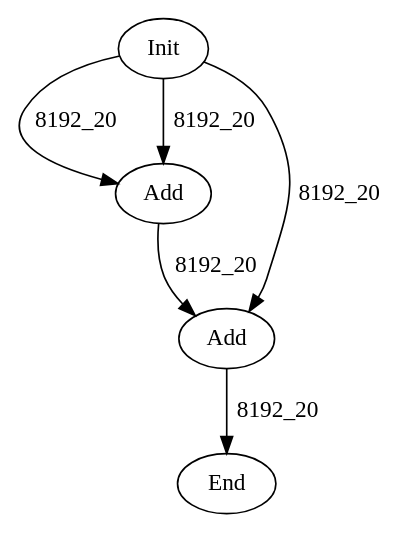
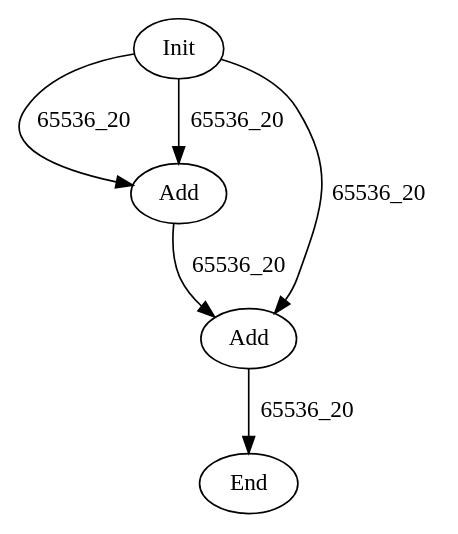
Before and after one commit to hal-lab-u-tokyo/PolyFHE: the diagram in data/graph_poly.dot, drawn with Graphviz. The commit also changed 4 other files, not shown here.

```diff
--- a/data/graph_poly.dot
+++ b/data/graph_poly.dot
@@ -1,11 +1,11 @@
 digraph G {
 Init[label="Init"];
 HAdd0[label="Add"];
 HAdd1[label="Add"];
 End[label="End"];
-Init->HAdd0[label="8192_20"];
-Init->HAdd0[label="8192_20"];
-HAdd0->HAdd1[label="8192_20"];
-Init->HAdd1[label="8192_20"];
-HAdd1->End[label="8192_20"];
+Init->HAdd0[label="65536_20"];
+Init->HAdd0[label="65536_20"];
+HAdd0->HAdd1[label="65536_20"];
+Init->HAdd1[label="65536_20"];
+HAdd1->End[label="65536_20"];
 }
```
